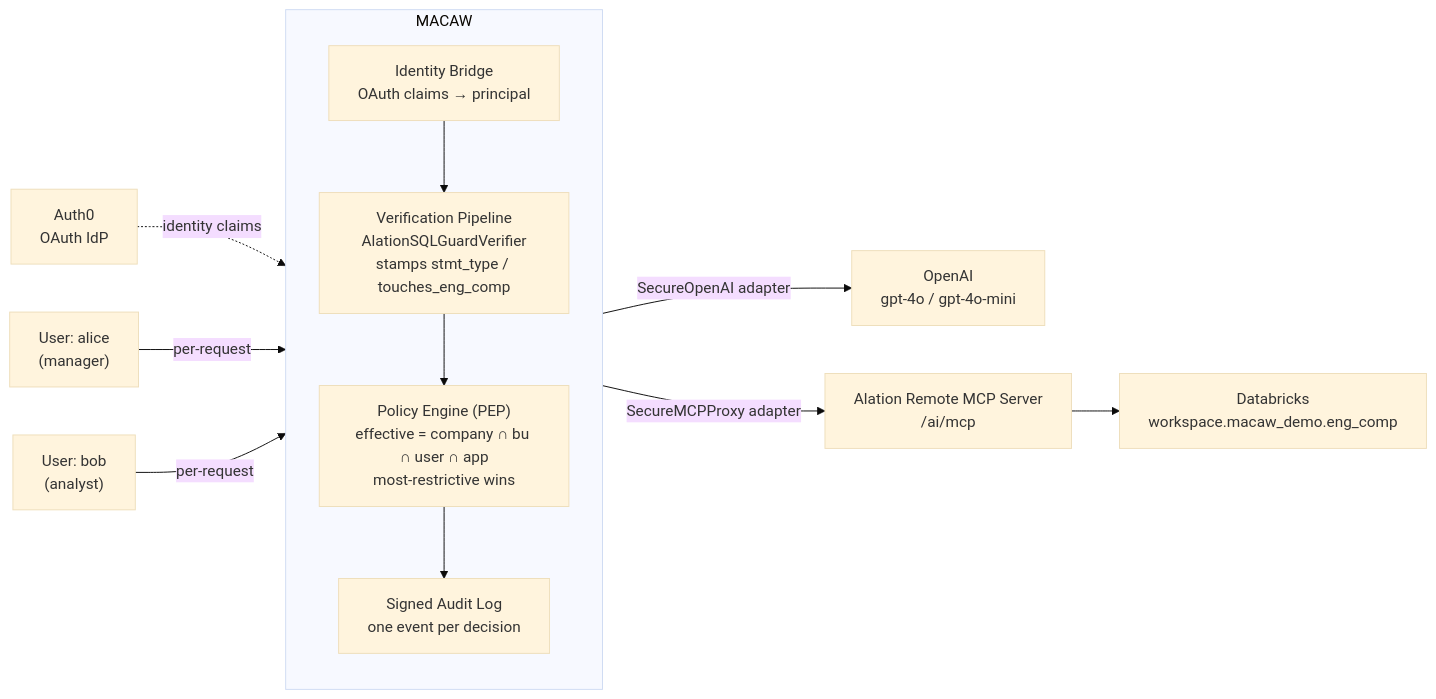
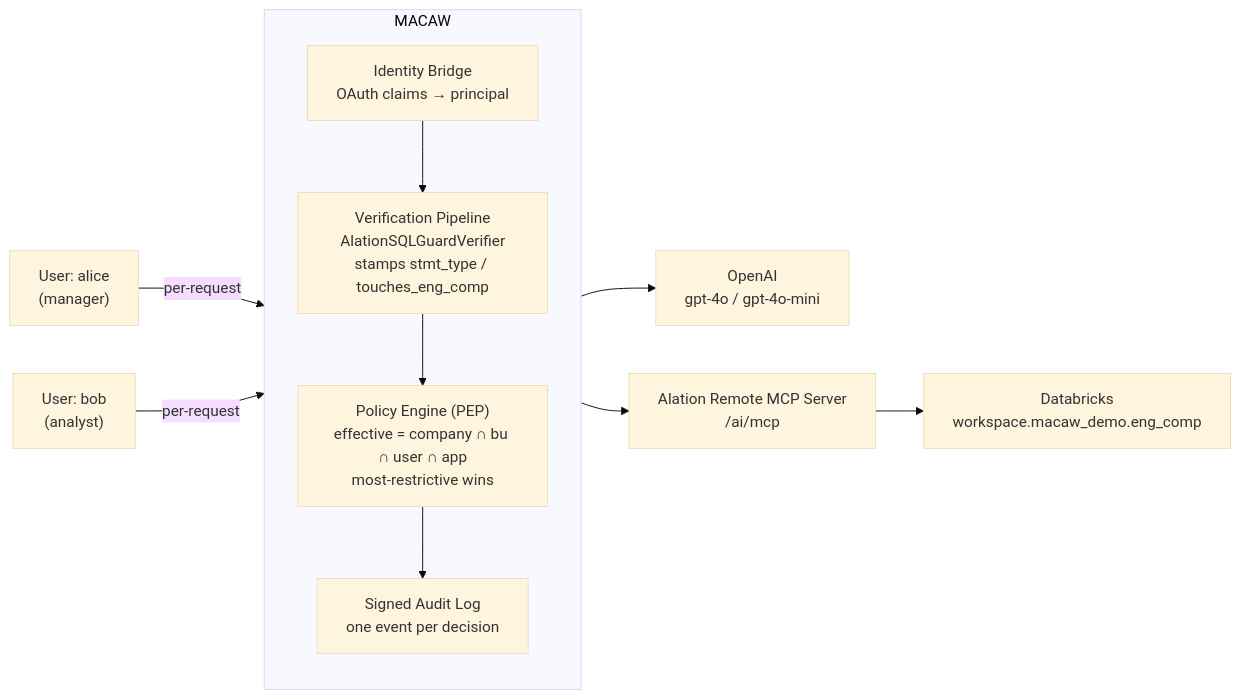
The diagram in demos/demo-alation/README.md (macawsecurity/secureAI), drawn with Mermaid (base theme) before and after one commit.

Commit message:
Simplifying diagram

````diff
--- a/demos/demo-alation/README.md
+++ b/demos/demo-alation/README.md
@@ -29,22 +29,20 @@
 ```mermaid
 flowchart LR
     A["User: alice<br/>(manager)"]
     B["User: bob<br/>(analyst)"]
-    IDP["Auth0<br/>OAuth IdP"]
 
     subgraph MACAW["MACAW"]
         direction TB
         BR["Identity Bridge<br/>OAuth claims → principal"]
         VF["Verification Pipeline<br/>AlationSQLGuardVerifier<br/>stamps stmt_type / touches_eng_comp"]
         PE["Policy Engine (PEP)<br/>effective = company ∩ bu ∩ user ∩ app<br/>most-restrictive wins"]
         AL["Signed Audit Log<br/>one event per decision"]
         BR --> VF --> PE --> AL
     end
 
     A -->|per-request| MACAW
     B -->|per-request| MACAW
-    IDP -.->|identity claims| BR
-    PE -->|SecureOpenAI adapter| OAI["OpenAI<br/>gpt-4o / gpt-4o-mini"]
-    PE -->|SecureMCPProxy adapter| ALN["Alation Remote MCP Server<br/>/ai/mcp"]
+    PE --> OAI["OpenAI<br/>gpt-4o / gpt-4o-mini"]
+    PE --> ALN["Alation Remote MCP Server<br/>/ai/mcp"]
     ALN --> DBX["Databricks<br/>workspace.macaw_demo.eng_comp"]
 ```
````
